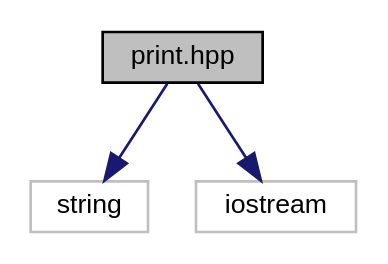
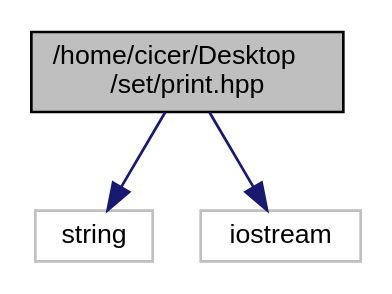
The diagram in print_8hpp__incl.dot (cicer-0/Doc_Set.github.io), drawn with Graphviz before and after one commit. The commit also changed 104 other files, not shown here.

```diff
--- a/print_8hpp__incl.dot
+++ b/print_8hpp__incl.dot
@@ -1,11 +1,11 @@
-digraph "print.hpp"
+digraph "/home/cicer/Desktop/set/print.hpp"
 {
  // LATEX_PDF_SIZE
   edge [fontname="Helvetica",fontsize="10",labelfontname="Helvetica",labelfontsize="10"];
   node [fontname="Helvetica",fontsize="10",shape=record];
-  Node1 [label="print.hpp",height=0.2,width=0.4,color="black", fillcolor="grey75", style="filled", fontcolor="black",tooltip="Salida a Colores."];
+  Node1 [label="/home/cicer/Desktop\l/set/print.hpp",height=0.2,width=0.4,color="black", fillcolor="grey75", style="filled", fontcolor="black",tooltip="Salida a Colores."];
   Node1 -> Node2 [color="midnightblue",fontsize="10",style="solid",fontname="Helvetica"];
   Node2 [label="string",height=0.2,width=0.4,color="grey75", fillcolor="white", style="filled",tooltip=" "];
   Node1 -> Node3 [color="midnightblue",fontsize="10",style="solid",fontname="Helvetica"];
   Node3 [label="iostream",height=0.2,width=0.4,color="grey75", fillcolor="white", style="filled",tooltip=" "];
 }
```
